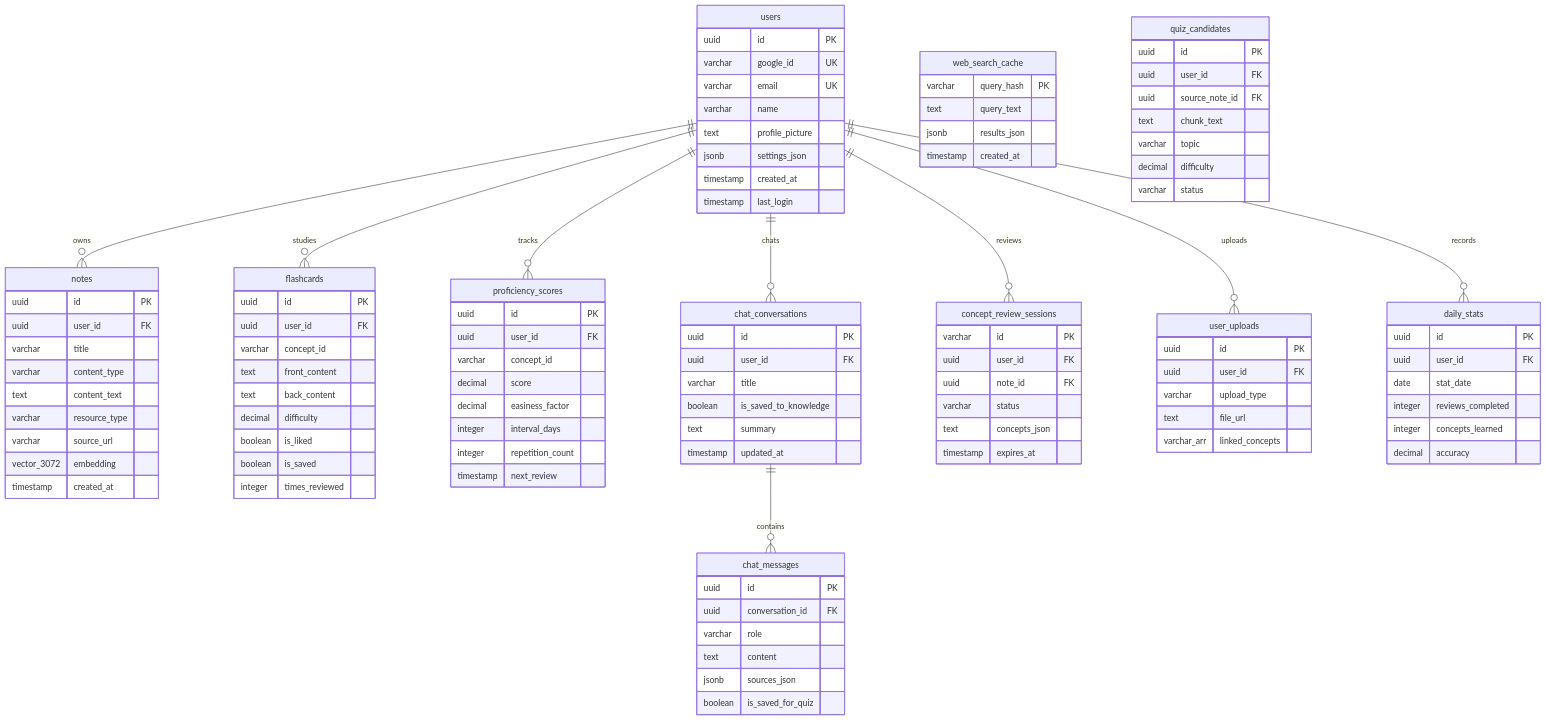
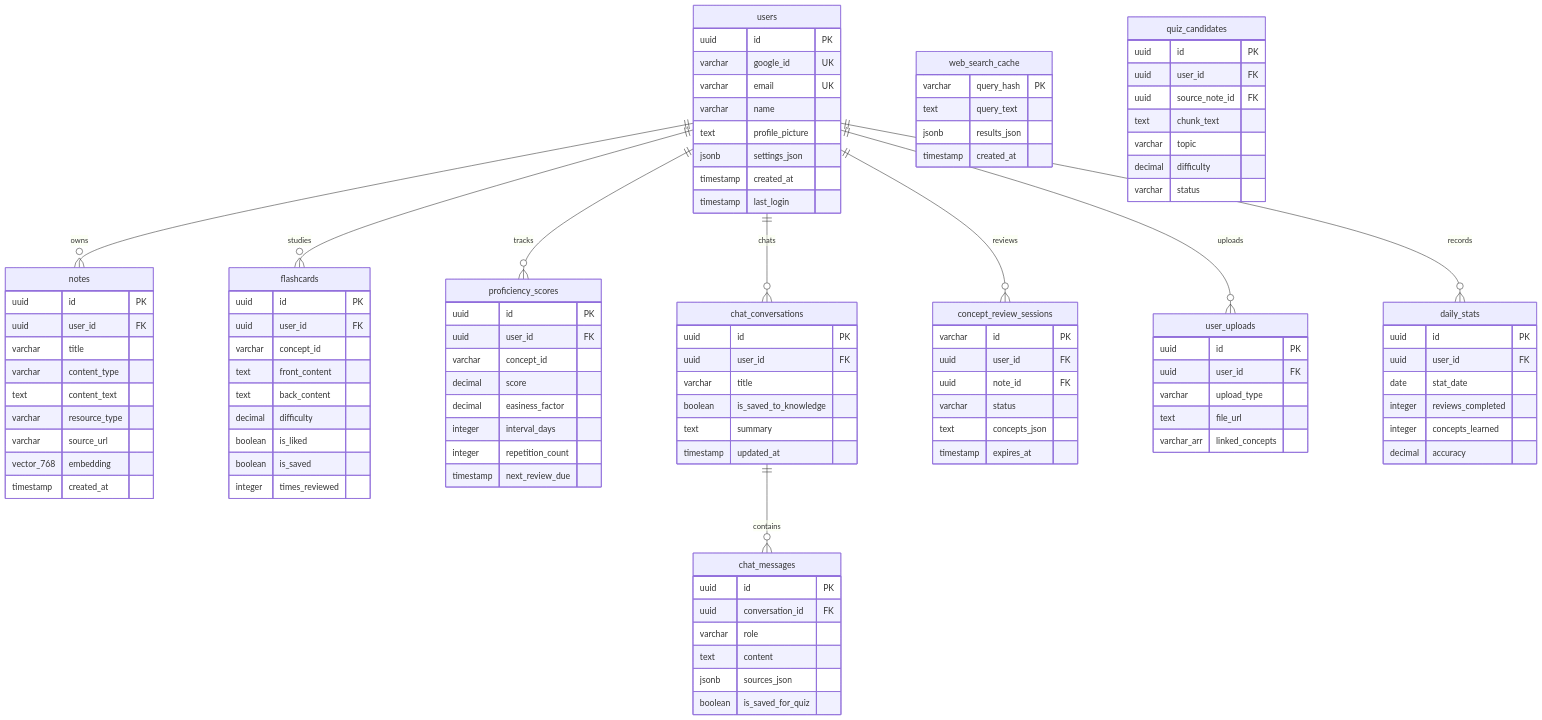
Before and after one commit to usnaveen/GraphRecall: the fourth of 7 diagrams in README.md, drawn with Mermaid. The commit also changed other lines of this file and 6 other files, not shown here.

```diff
--- a/README.md
+++ b/README.md
@@ -541,7 +594,7 @@
         text content_text
         varchar resource_type
         varchar source_url
-        vector_3072 embedding
+        vector_768 embedding
         timestamp created_at
     }
 
@@ -565,7 +618,7 @@
         decimal easiness_factor
         integer interval_days
         integer repetition_count
-        timestamp next_review
+        timestamp next_review_due
     }
 
     chat_conversations {
```
